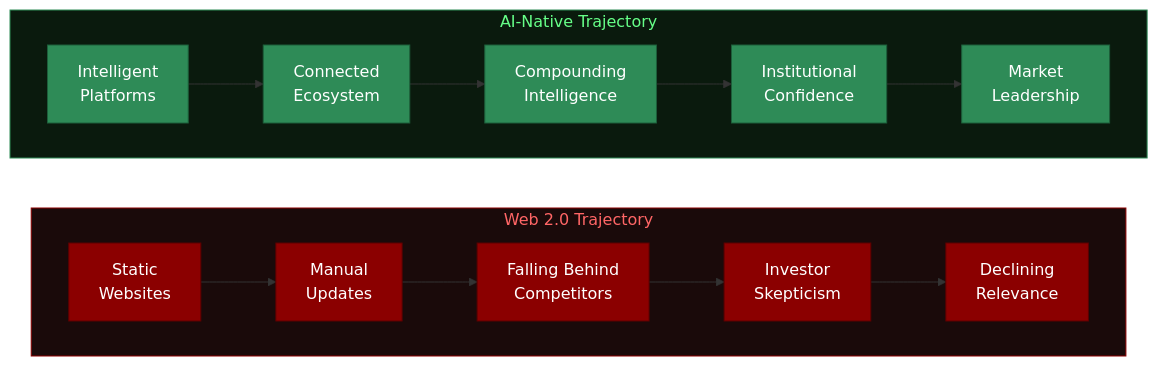
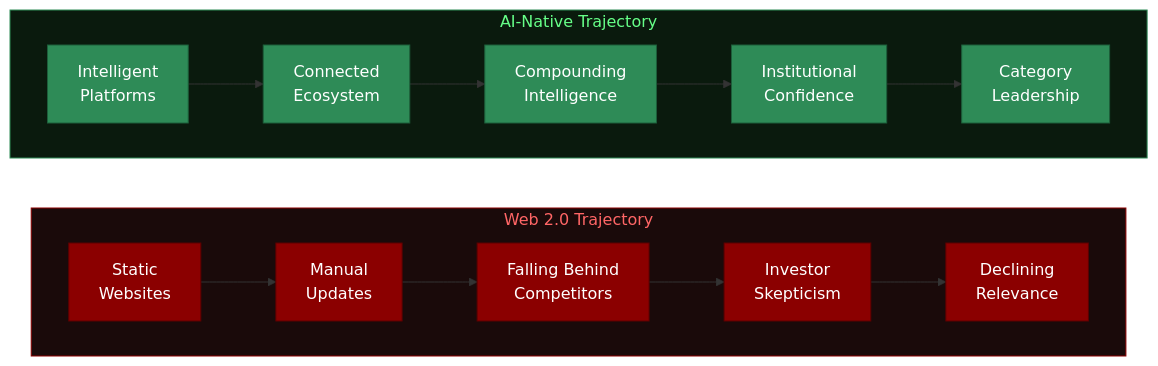
The third of 15 diagrams in brands/cho-ventures-ai/spec/CHO-VENTURES-FINAL-PRICING-STRATEGY.md (Light-Brands/brand-factory), drawn with Mermaid before and after one commit. The commit also changed other lines of this file and 1 other file, not shown here.

````diff
--- a/brands/cho-ventures-ai/spec/CHO-VENTURES-FINAL-PRICING-STRATEGY.md
+++ b/brands/cho-ventures-ai/spec/CHO-VENTURES-FINAL-PRICING-STRATEGY.md
@@ -99,31 +169,31 @@
 ```mermaid
 flowchart LR
     subgraph DYING["Web 2.0 Trajectory"]
         direction LR
         D1["Static<br/>Websites"] --> D2["Manual<br/>Updates"]
         D2 --> D3["Falling Behind<br/>Competitors"]
         D3 --> D4["Investor<br/>Skepticism"]
         D4 --> D5["Declining<br/>Relevance"]
     end
 
     subgraph NATIVE["AI-Native Trajectory"]
         direction LR
         N1["Intelligent<br/>Platforms"] --> N2["Connected<br/>Ecosystem"]
         N2 --> N3["Compounding<br/>Intelligence"]
         N3 --> N4["Institutional<br/>Confidence"]
-        N4 --> N5["Market<br/>Leadership"]
+        N4 --> N5["Category<br/>Leadership"]
     end
 
     style D1 fill:#8B0000,stroke:#5C0000,color:#fff
     style D2 fill:#8B0000,stroke:#5C0000,color:#fff
     style D3 fill:#8B0000,stroke:#5C0000,color:#fff
     style D4 fill:#8B0000,stroke:#5C0000,color:#fff
     style D5 fill:#8B0000,stroke:#5C0000,color:#fff
     style N1 fill:#2E8B57,stroke:#1D5E3A,color:#fff
     style N2 fill:#2E8B57,stroke:#1D5E3A,color:#fff
     style N3 fill:#2E8B57,stroke:#1D5E3A,color:#fff
     style N4 fill:#2E8B57,stroke:#1D5E3A,color:#fff
     style N5 fill:#2E8B57,stroke:#1D5E3A,color:#fff
     style DYING fill:#1a0a0a,stroke:#8B0000,color:#ff6666
     style NATIVE fill:#0a1a0d,stroke:#2E8B57,color:#66ff88
 ```
````
